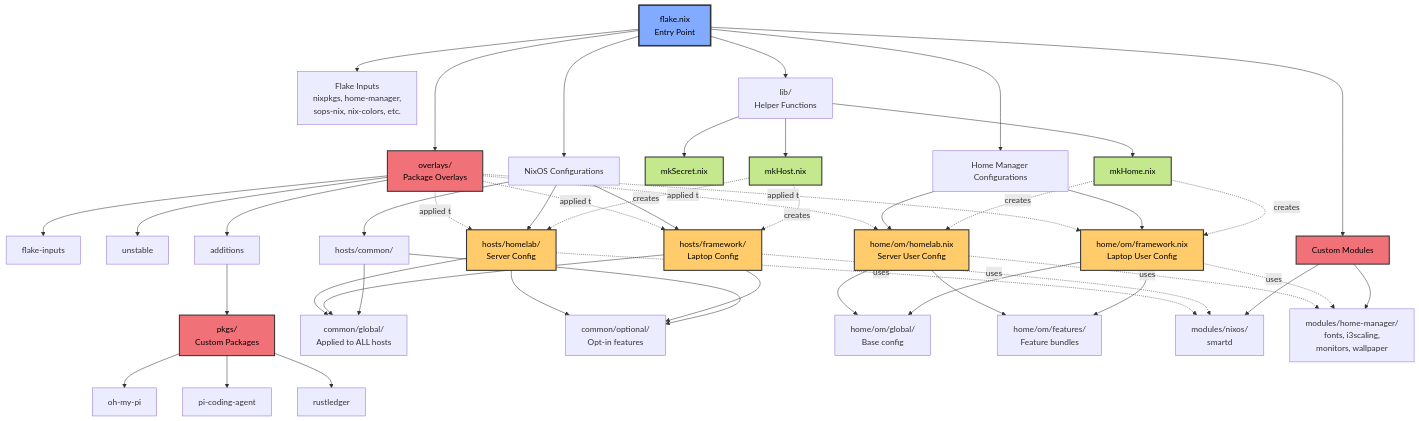
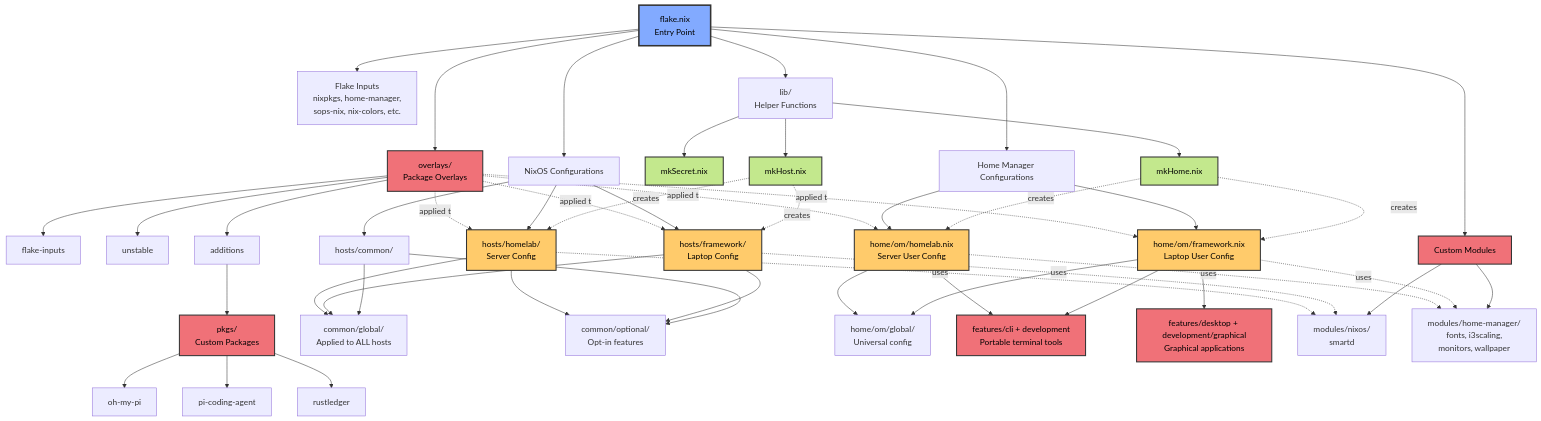
Before and after one commit to omdv/nix-config: the diagram in AGENTS.md, drawn with Mermaid. The commit also changed other lines of this file and 42 other files, not shown here.

Commit message:
refactor(home-manager): separate host roles and remove dormant modules

````diff
--- a/AGENTS.md
+++ b/AGENTS.md
@@ -67,9 +67,9 @@
     home[Home Manager Configurations]
     hm_framework[home/om/framework.nix<br/>Laptop User Config]
     hm_homelab[home/om/homelab.nix<br/>Server User Config]
-    hm_global[home/om/global/<br/>Base config]
-    features[home/om/features/<br/>Feature bundles]
-
+    hm_global[home/om/global/<br/>Universal config]
+    portable[features/cli + development<br/>Portable terminal tools]
+    graphical[features/desktop + development/graphical<br/>Graphical applications]
     %% Custom modules
     modules[Custom Modules]
     nixos_mod[modules/nixos/<br/>smartd]
@@ -116,9 +116,10 @@
     home --> hm_framework
     home --> hm_homelab
     hm_framework --> hm_global
-    hm_framework --> features
+    hm_framework --> portable
+    hm_framework --> graphical
     hm_homelab --> hm_global
-    hm_homelab --> features
+    hm_homelab --> portable
 
     %% Module connections
     modules --> nixos_mod
@@ -143,5 +144,5 @@
     class flake entryPoint
     class mkHost,mkHome,mkSecret factory
     class framework,homelab,hm_framework,hm_homelab config
-    class overlays,pkgs,modules resource
+    class overlays,pkgs,modules,portable,graphical resource
 ```
````
